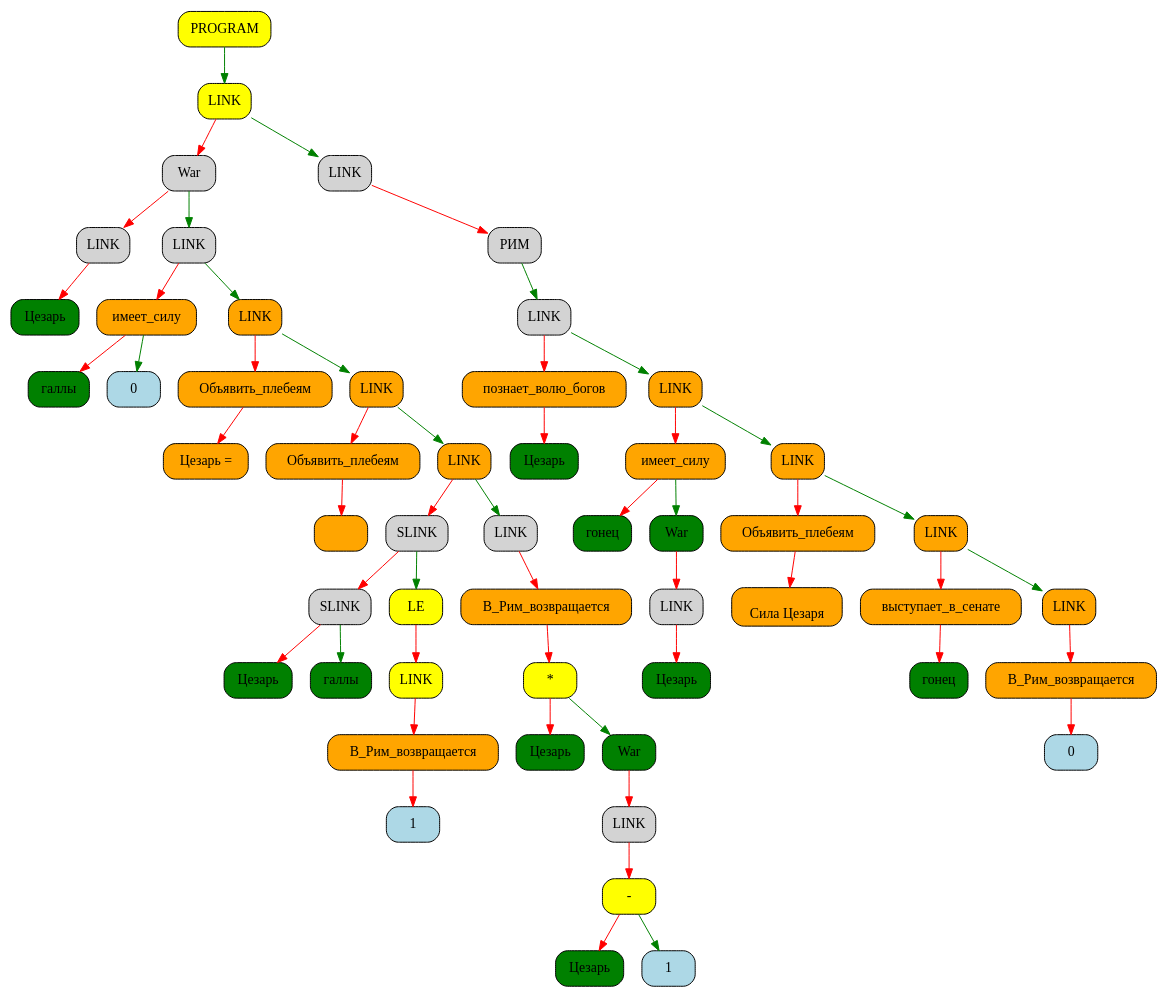
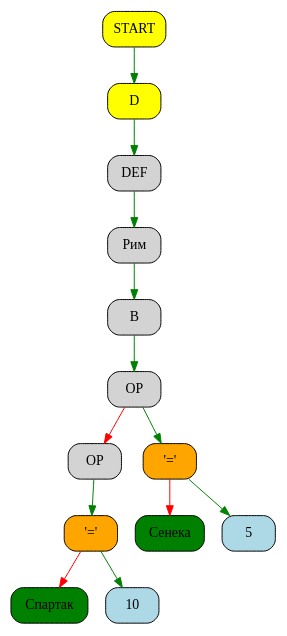
Before and after one commit to kostya2709/New_Roman: the diagram in equation_print.gv, drawn with Graphviz. The commit also changed 39 other files, not shown here.

```diff
--- a/equation_print.gv
+++ b/equation_print.gv
@@ -1,108 +1,28 @@
 digraph First{
 node [shape="Mrecord", style="filled", fillcolor="lightblue"];
-"boxe9555f80" [fillcolor="yellow",label="PROGRAM"];
-"boxe9554990" [fillcolor="yellow",label="LINK"];
-"boxe9555f80" -> "boxe9554990"[color="green"];
-"boxe954cdb0" [fillcolor="",label="War"];
-"boxe9554990" -> "boxe954cdb0"[color="red"];
-"boxe9554a60" [fillcolor="",label="LINK"];
-"boxe954cdb0" -> "boxe9554a60"[color="red"];
-"boxe95511c0" [fillcolor="green",label="Цезарь"];
-"boxe9554a60" -> "boxe95511c0"[color="red"];
-"boxe95555c0" [fillcolor="",label="LINK"];
-"boxe954cdb0" -> "boxe95555c0"[color="green"];
-"boxe9554b30" [fillcolor="orange",label="имеет_силу"];
-"boxe95555c0" -> "boxe9554b30"[color="red"];
-"boxe95515d0" [fillcolor="green",label="галлы"];
-"boxe9554b30" -> "boxe95515d0"[color="red"];
-"boxe9551770" [label="0"];
-"boxe9554b30" -> "boxe9551770"[color="green"];
-"boxe95554f0" [fillcolor="orange",label="LINK"];
-"boxe95555c0" -> "boxe95554f0"[color="green"];
-"boxe9551910" [fillcolor="orange",label="Объявить_плебеям"];
-"boxe95554f0" -> "boxe9551910"[color="red"];
-"boxe95519e0" [fillcolor="orange",label="Цезарь = "];
-"boxe9551910" -> "boxe95519e0"[color="red"];
-"boxe9555420" [fillcolor="orange",label="LINK"];
-"boxe95554f0" -> "boxe9555420"[color="green"];
-"boxe9551b80" [fillcolor="orange",label="Объявить_плебеям"];
-"boxe9555420" -> "boxe9551b80"[color="red"];
-"boxe9551c50" [fillcolor="orange",label="\n"];
-"boxe9551b80" -> "boxe9551c50"[color="red"];
-"boxe9555350" [fillcolor="orange",label="LINK"];
-"boxe9555420" -> "boxe9555350"[color="green"];
-"boxe9554e70" [fillcolor="",label="SLINK"];
-"boxe9555350" -> "boxe9554e70"[color="red"];
-"boxe9554c00" [fillcolor="",label="SLINK"];
-"boxe9554e70" -> "boxe9554c00"[color="red"];
-"boxe9551ec0" [fillcolor="green",label="Цезарь"];
-"boxe9554c00" -> "boxe9551ec0"[color="red"];
-"boxe9552060" [fillcolor="green",label="галлы"];
-"boxe9554c00" -> "boxe9552060"[color="green"];
-"boxe9554cd0" [fillcolor="yellow",label="LE"];
-"boxe9554e70" -> "boxe9554cd0"[color="green"];
-"boxe9554da0" [fillcolor="yellow",label="LINK"];
-"boxe9554cd0" -> "boxe9554da0"[color="red"];
-"boxe9552470" [fillcolor="orange",label="В_Рим_возвращается"];
-"boxe9554da0" -> "boxe9552470"[color="red"];
-"boxe9552540" [label="1"];
-"boxe9552470" -> "boxe9552540"[color="red"];
-"boxe9555280" [fillcolor="",label="LINK"];
-"boxe9555350" -> "boxe9555280"[color="green"];
-"boxe9552880" [fillcolor="orange",label="В_Рим_возвращается"];
-"boxe9555280" -> "boxe9552880"[color="red"];
-"boxe95551b0" [fillcolor="yellow",label="*"];
-"boxe9552880" -> "boxe95551b0"[color="red"];
-"boxe9552950" [fillcolor="green",label="Цезарь"];
-"boxe95551b0" -> "boxe9552950"[color="red"];
-"boxe9554f40" [fillcolor="green",label="War"];
-"boxe95551b0" -> "boxe9554f40"[color="green"];
-"boxe9555010" [fillcolor="",label="LINK"];
-"boxe9554f40" -> "boxe9555010"[color="red"];
-"boxe95550e0" [fillcolor="yellow",label="-"];
-"boxe9555010" -> "boxe95550e0"[color="red"];
-"boxe9552c90" [fillcolor="green",label="Цезарь"];
-"boxe95550e0" -> "boxe9552c90"[color="red"];
-"boxe9552e30" [label="1"];
-"boxe95550e0" -> "boxe9552e30"[color="green"];
-"boxe9555690" [fillcolor="",label="LINK"];
-"boxe9554990" -> "boxe9555690"[color="green"];
-"boxe9553240" [fillcolor="",label="РИМ"];
-"boxe9555690" -> "boxe9553240"[color="red"];
-"boxe9555eb0" [fillcolor="",label="LINK"];
-"boxe9553240" -> "boxe9555eb0"[color="green"];
-"boxe9555760" [fillcolor="orange",label="познает_волю_богов"];
-"boxe9555eb0" -> "boxe9555760"[color="red"];
-"boxe9553720" [fillcolor="green",label="Цезарь"];
-"boxe9555760" -> "boxe9553720"[color="red"];
-"boxe9555de0" [fillcolor="orange",label="LINK"];
-"boxe9555eb0" -> "boxe9555de0"[color="green"];
-"boxe95559d0" [fillcolor="orange",label="имеет_силу"];
-"boxe9555de0" -> "boxe95559d0"[color="red"];
-"boxe9553990" [fillcolor="green",label="гонец"];
-"boxe95559d0" -> "boxe9553990"[color="red"];
-"boxe9555830" [fillcolor="green",label="War"];
-"boxe95559d0" -> "boxe9555830"[color="green"];
-"boxe9555900" [fillcolor="",label="LINK"];
-"boxe9555830" -> "boxe9555900"[color="red"];
-"boxe9553cd0" [fillcolor="green",label="Цезарь"];
-"boxe9555900" -> "boxe9553cd0"[color="red"];
-"boxe9555d10" [fillcolor="orange",label="LINK"];
-"boxe9555de0" -> "boxe9555d10"[color="green"];
-"boxe9553f40" [fillcolor="orange",label="Объявить_плебеям"];
-"boxe9555d10" -> "boxe9553f40"[color="red"];
-"boxe9554010" [fillcolor="orange",label="\nСила Цезаря "];
-"boxe9553f40" -> "boxe9554010"[color="red"];
-"boxe9555c40" [fillcolor="orange",label="LINK"];
-"boxe9555d10" -> "boxe9555c40"[color="green"];
-"boxe9555aa0" [fillcolor="orange",label="выступает_в_сенате"];
-"boxe9555c40" -> "boxe9555aa0"[color="red"];
-"boxe95541b0" [fillcolor="green",label="гонец"];
-"boxe9555aa0" -> "boxe95541b0"[color="red"];
-"boxe9555b70" [fillcolor="orange",label="LINK"];
-"boxe9555c40" -> "boxe9555b70"[color="green"];
-"boxe9554420" [fillcolor="orange",label="В_Рим_возвращается"];
-"boxe9555b70" -> "boxe9554420"[color="red"];
-"boxe95544f0" [label="0"];
-"boxe9554420" -> "boxe95544f0"[color="red"];
+"box61bac5e0" [fillcolor="yellow",label="START"];
+"box61baa7b0" [fillcolor="yellow",label="D"];
+"box61bac5e0" -> "box61baa7b0"[color="green"];
+"box61baac00" [fillcolor="",label="DEF"];
+"box61baa7b0" -> "box61baac00"[color="green"];
+"box61b9fbd0" [fillcolor="",label="Рим"];
+"box61baac00" -> "box61b9fbd0"[color="green"];
+"box61bac190" [fillcolor="",label="B"];
+"box61b9fbd0" -> "box61bac190"[color="green"];
+"box61babd40" [fillcolor="",label="OP"];
+"box61bac190" -> "box61babd40"[color="green"];
+"box61bab8f0" [fillcolor="",label="OP"];
+"box61babd40" -> "box61bab8f0"[color="red"];
+"box61bab4a0" [fillcolor="orange",label="'='"];
+"box61bab8f0" -> "box61bab4a0"[color="green"];
+"box61ba8570" [fillcolor="green",label="Спартак"];
+"box61bab4a0" -> "box61ba8570"[color="red"];
+"box61ba8e10" [label="10"];
+"box61bab4a0" -> "box61ba8e10"[color="green"];
+"box61bab050" [fillcolor="orange",label="'='"];
+"box61babd40" -> "box61bab050"[color="green"];
+"box61ba7430" [fillcolor="green",label="Сенека"];
+"box61bab050" -> "box61ba7430"[color="red"];
+"box61ba7cd0" [label="5"];
+"box61bab050" -> "box61ba7cd0"[color="green"];
 }
```
